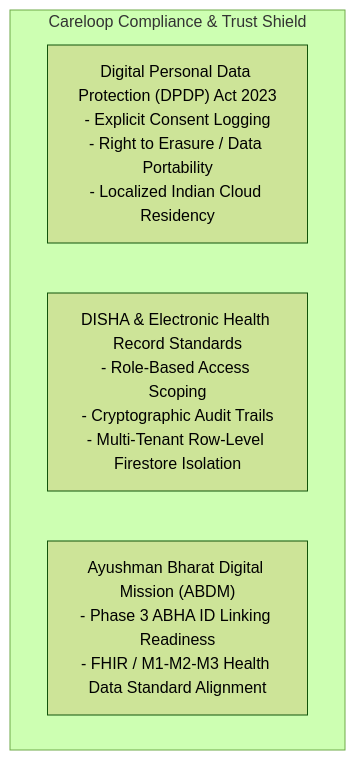
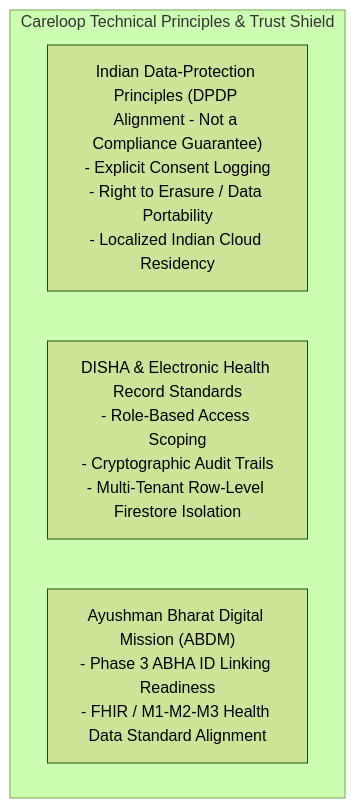
One commit to heetsanghvvii/careloop changed the sixth of 7 diagrams in CARELOOP_PITCH_DECKS_AND_BUSINESS_PLAN.md. Above: the diagram before and after it, drawn with Mermaid (forest theme). The commit also changed other lines of this file and 11 other files, not shown here.

````diff
--- a/CARELOOP_PITCH_DECKS_AND_BUSINESS_PLAN.md
+++ b/CARELOOP_PITCH_DECKS_AND_BUSINESS_PLAN.md
@@ -803,8 +805,8 @@
 ```mermaid
 flowchart TD
-    subgraph "Careloop Compliance & Trust Shield"
-        DPDP["Digital Personal Data Protection (DPDP) Act 2023\n- Explicit Consent Logging\n- Right to Erasure / Data Portability\n- Localized Indian Cloud Residency"]
+    subgraph "Careloop Technical Principles & Trust Shield"
+        DPDP["Indian Data-Protection Principles (DPDP Alignment - Not a Compliance Guarantee)\n- Explicit Consent Logging\n- Right to Erasure / Data Portability\n- Localized Indian Cloud Residency"]
         DISHA["DISHA & Electronic Health Record Standards\n- Role-Based Access Scoping\n- Cryptographic Audit Trails\n- Multi-Tenant Row-Level Firestore Isolation"]
         ABDM["Ayushman Bharat Digital Mission (ABDM)\n- Phase 3 ABHA ID Linking Readiness\n- FHIR / M1-M2-M3 Health Data Standard Alignment"]
     end
 ```
````
